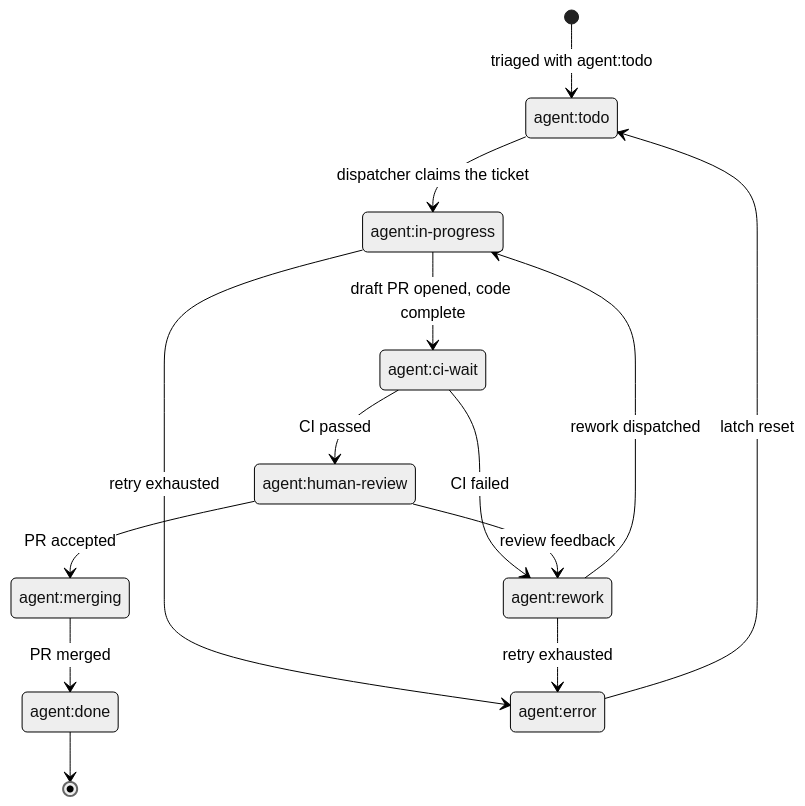
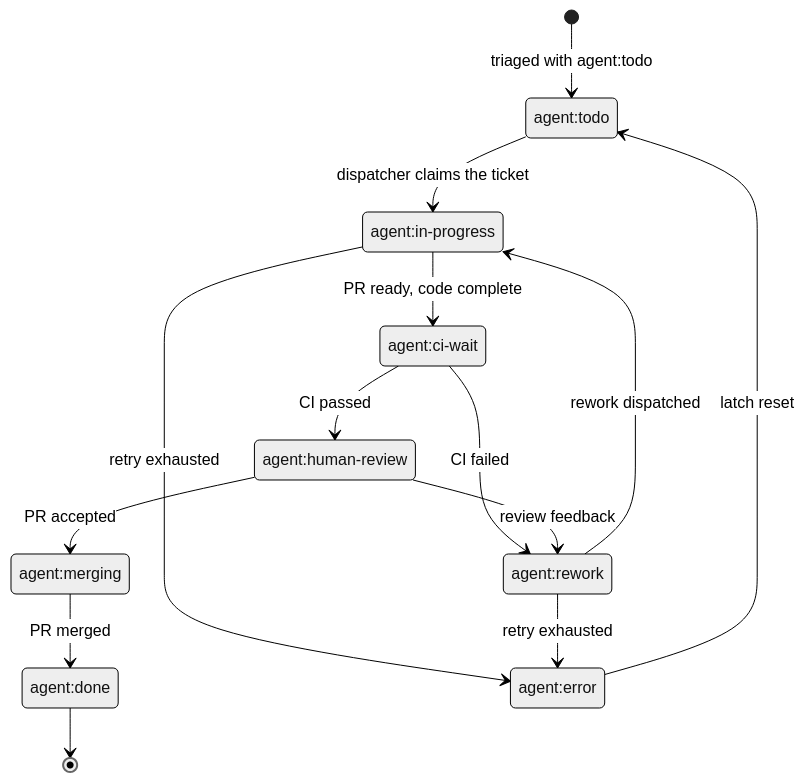
One commit to Nitjsefnie-OSC/aiur changed the diagram in website/docs-app/concepts/ticket-lifecycle.md. Above: the diagram before and after it, drawn with Mermaid (neutral theme). The commit also changed other lines of this file and 18 other files, not shown here.

````diff
--- a/website/docs-app/concepts/ticket-lifecycle.md
+++ b/website/docs-app/concepts/ticket-lifecycle.md
@@ -198,26 +198,26 @@
 ```mermaid
 stateDiagram-v2
     [*] --> todo: triaged with agent:todo
     todo --> inprogress: dispatcher claims the ticket
-    inprogress --> ciwait: draft PR opened, code complete
+    inprogress --> ciwait: PR ready, code complete
     ciwait --> humanreview: CI passed
     ciwait --> rework: CI failed
     humanreview --> rework: review feedback
     humanreview --> merging: PR accepted
     rework --> inprogress: rework dispatched
     merging --> done: PR merged
     done --> [*]
 
     inprogress --> error: retry exhausted
     rework --> error: retry exhausted
     error --> todo: latch reset
 
     todo: agent:todo
     inprogress: agent:in-progress
     ciwait: agent:ci-wait
     humanreview: agent:human-review
     rework: agent:rework
     merging: agent:merging
     done: agent:done
     error: agent:error
 ```
````
